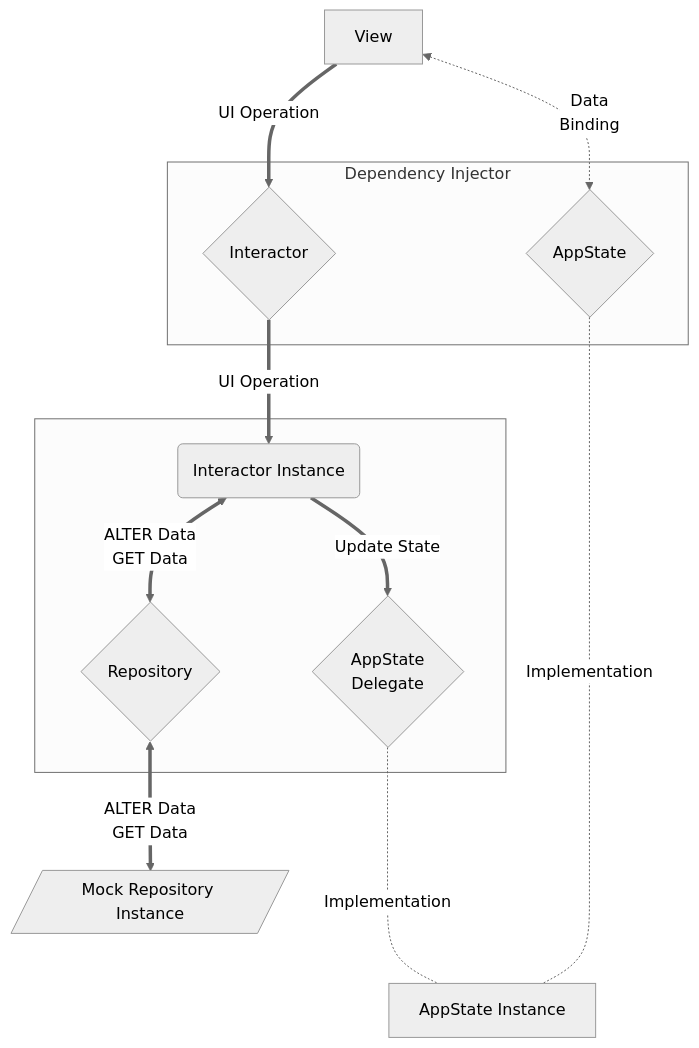
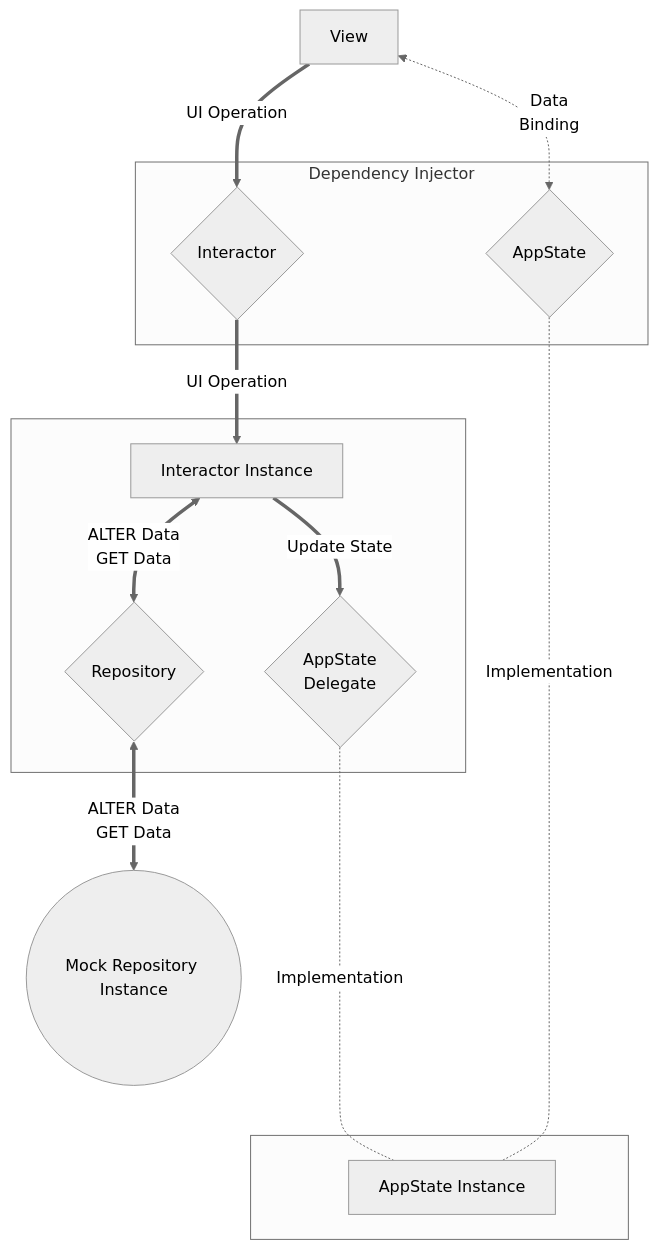
Before and after one commit to yanun0323/SwiftUI-Clean-Architecture: the fourth of 5 diagrams in README.md, drawn with Mermaid (neutral theme). The commit also changed other lines of this file, not shown here.

````diff
--- a/README.md
+++ b/README.md
@@ -144,26 +146,29 @@
 ```mermaid
 graph TD
-    AI[AppState Instance]
+    subgraph " "
+        AI[AppState Instance]
+    end
 
     subgraph Dependency Injector
         I{Interactor}
         A{AppState}
     end
 
     subgraph " "
         AD{AppState\nDelegate}
         R{Repository}
-        II(Interactor Instance)
+        II[Interactor Instance]
     end
 
-    RI[/Mock Repository Instance/]
+
+    RI((Mock Repository Instance))
 
     View ==>|UI Operation| I ==>|UI Operation| II 
     View <-.->|Data\nBinding| A -.-|Implementation| AI
     
     AD -..-|Implementation| AI
 
     II <==>|ALTER Data\nGET Data| R
     R <==>|ALTER Data\nGET Data| RI
     II ==>|Update State| AD
 ```
````
